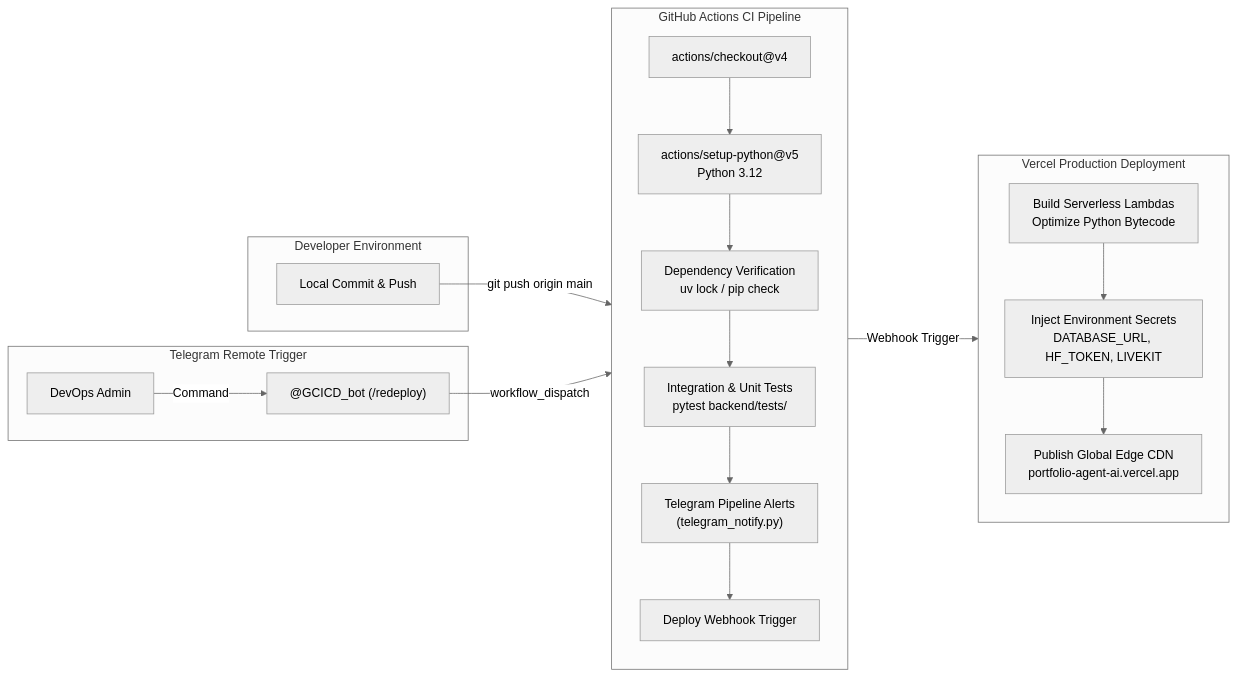
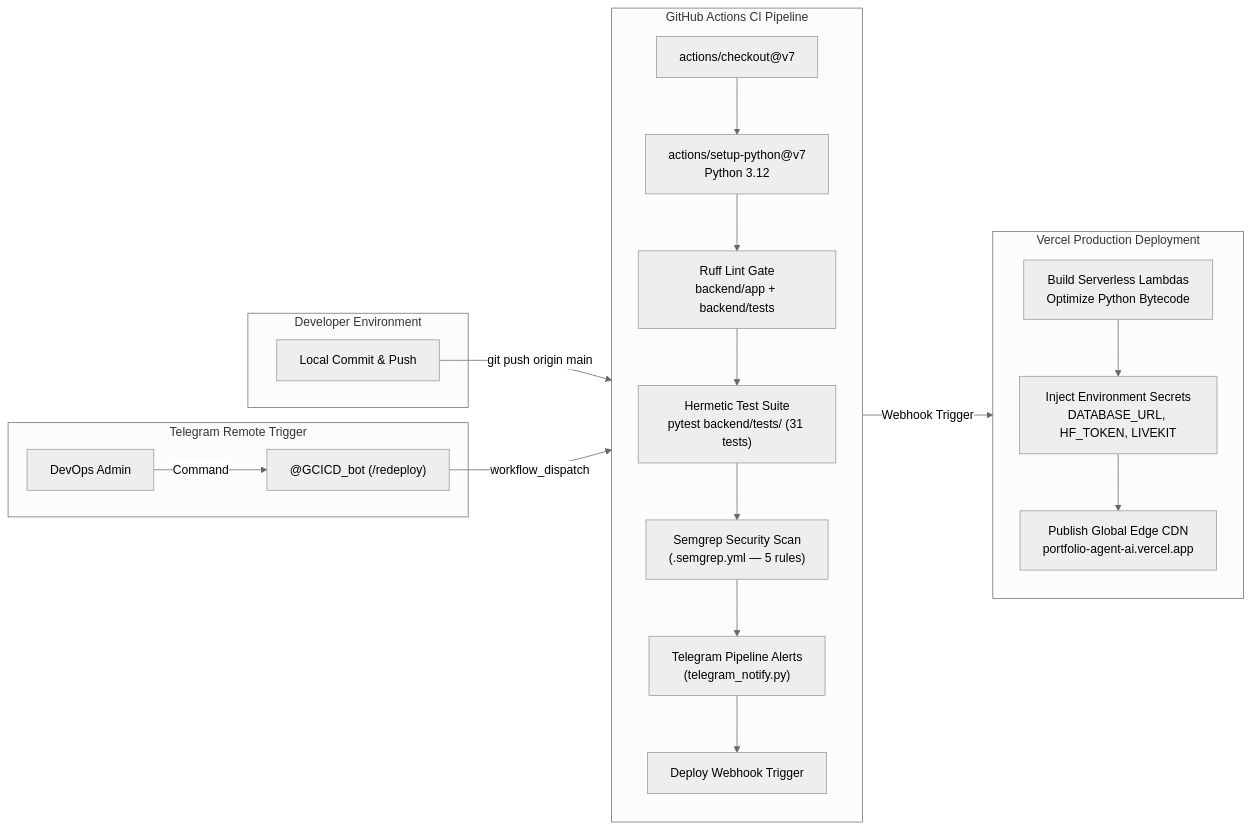
The sixth of 6 diagrams in README.md (ambideXtrous9/portfolio-agent), drawn with Mermaid (neutral theme) before and after one commit. The commit also changed other lines of this file, not shown here.

First line of the commit message:
docs(readme): reflect security overhaul — cookie auth, rate limiting, webhook hardening, CI gates

````diff
--- a/README.md
+++ b/README.md
@@ -424,35 +427,36 @@
 ```mermaid
 flowchart LR
     subgraph DevWorkspace ["Developer Environment"]
         Dev["Local Commit & Push"]
     end
 
     subgraph TelegramChatOps ["Telegram Remote Trigger"]
         AdminUser["DevOps Admin"]
         TGBot["@GCICD_bot (/redeploy)"]
         AdminUser -->|Command| TGBot
     end
 
     subgraph GitHubActions ["GitHub Actions CI Pipeline"]
         direction TB
-        Checkout["actions/checkout@v4"]
-        SetupPython["actions/setup-python@v5\nPython 3.12"]
-        VerifyDeps["Dependency Verification\nuv lock / pip check"]
-        RunTests["Integration & Unit Tests\npytest backend/tests/"]
+        Checkout["actions/checkout@v7"]
+        SetupPython["actions/setup-python@v7\nPython 3.12"]
+        RunLint["Ruff Lint Gate\nbackend/app + backend/tests"]
+        RunTests["Hermetic Test Suite\npytest backend/tests/ (31 tests)"]
+        RunSemgrep["Semgrep Security Scan\n(.semgrep.yml — 5 rules)"]
         TG_Alerts["Telegram Pipeline Alerts\n(telegram_notify.py)"]
         DeployTrigger["Deploy Webhook Trigger"]
-        Checkout --> SetupPython --> VerifyDeps --> RunTests --> TG_Alerts --> DeployTrigger
+        Checkout --> SetupPython --> RunLint --> RunTests --> RunSemgrep --> TG_Alerts --> DeployTrigger
     end
 
     subgraph VercelEdgeDeploy ["Vercel Production Deployment"]
         direction TB
         BuildLambda["Build Serverless Lambdas\nOptimize Python Bytecode"]
         SecretsInject["Inject Environment Secrets\nDATABASE_URL, HF_TOKEN, LIVEKIT"]
         DeployCDN["Publish Global Edge CDN\nportfolio-agent-ai.vercel.app"]
         BuildLambda --> SecretsInject --> DeployCDN
     end
 
     Dev -->|git push origin main| Checkout
     TGBot -->|workflow_dispatch| Checkout
     DeployTrigger -->|Webhook Trigger| BuildLambda
 ```
````
